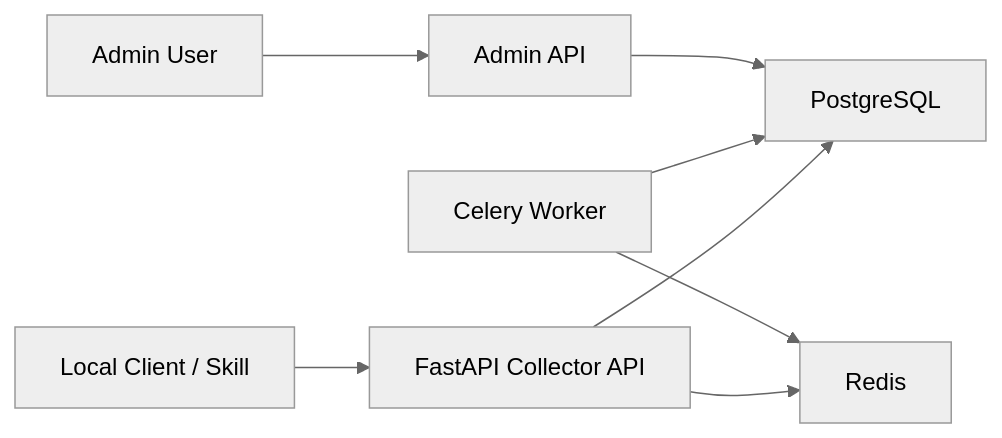
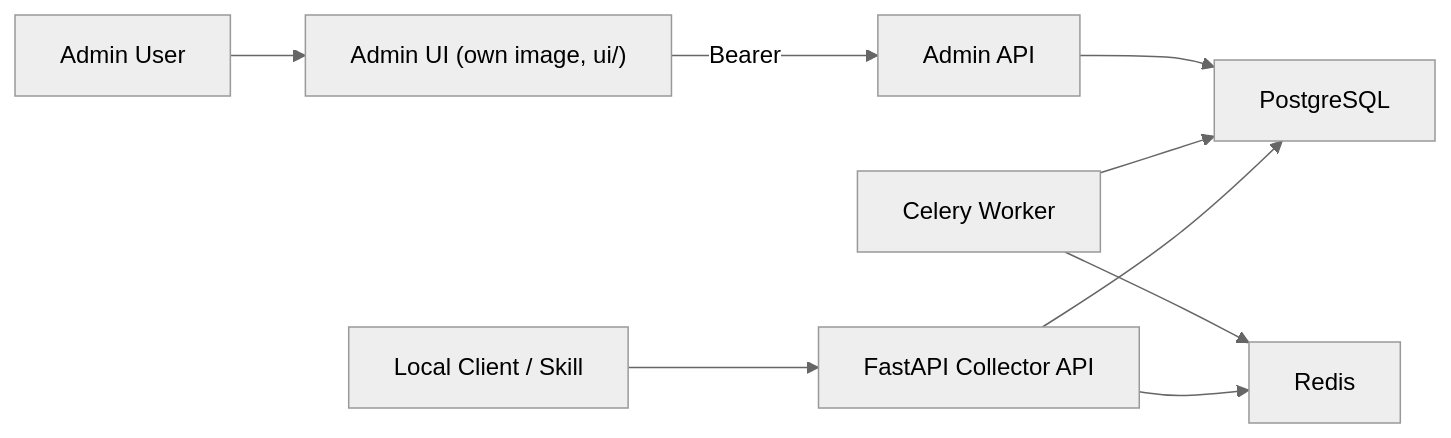
One commit to tvna/clairvoyance changed the diagram in managed/README.md. Above: the diagram before and after it, drawn with Mermaid (neutral theme). The commit also changed other lines of this file and 2 other files, not shown here.

First line of the commit message:
docs(managed): document the admin UI in the server README

````diff
--- a/managed/README.md
+++ b/managed/README.md
@@ -11,10 +11,11 @@
 ```mermaid
 flowchart LR
     C["Local Client / Skill"] --> A["FastAPI Collector API"]
     A --> P["PostgreSQL"]
     A --> R["Redis"]
     W["Celery Worker"] --> P
     W --> R
-    Admin["Admin User"] --> UI["Admin API"]
-    UI --> P
+    Admin["Admin User"] --> SPA["Admin UI (own image, ui/)"]
+    SPA -- "Bearer" --> AdminAPI["Admin API"]
+    AdminAPI --> P
 ```
````
